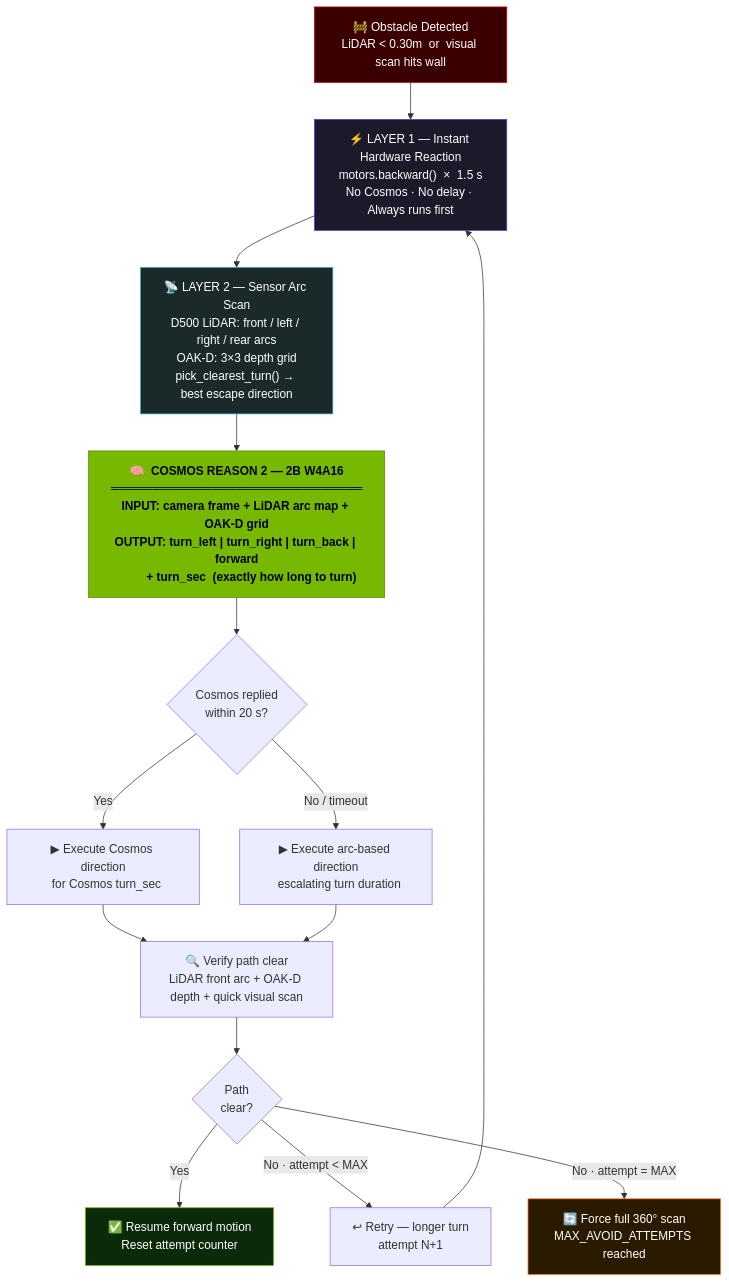
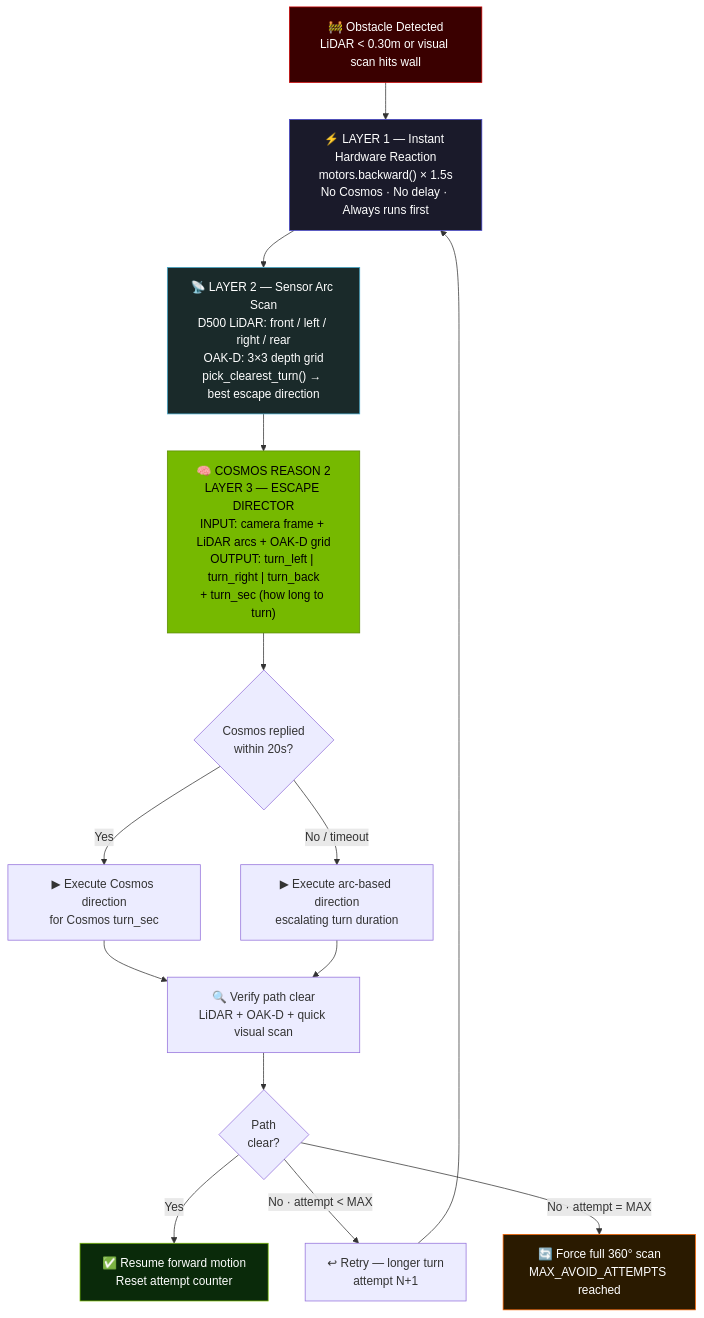
The second of 8 diagrams in README.md (OppaAI/eric), drawn with Mermaid before and after one commit. The commit also changed other lines of this file and 2 other files, not shown here.

````diff
--- a/README.md
+++ b/README.md
@@ -106,42 +106,42 @@
 ```mermaid
 flowchart TD
-    TRIGGER["🚧 Obstacle Detected\nLiDAR < 0.30m  or  visual scan hits wall"]
+    TRIGGER["🚧 Obstacle Detected<br/>LiDAR &lt; 0.30m or visual scan hits wall"]
 
-    L1["⚡ LAYER 1 — Instant Hardware Reaction\nmotors.backward()  ×  1.5 s\nNo Cosmos · No delay · Always runs first"]
+    L1["⚡ LAYER 1 — Instant Hardware Reaction<br/>motors.backward() × 1.5s<br/>No Cosmos · No delay · Always runs first"]
 
-    L2["📡 LAYER 2 — Sensor Arc Scan\nD500 LiDAR: front / left / right / rear arcs\nOAK-D: 3×3 depth grid\npick_clearest_turn() → best escape direction"]
+    L2["📡 LAYER 2 — Sensor Arc Scan<br/>D500 LiDAR: front / left / right / rear<br/>OAK-D: 3×3 depth grid<br/>pick_clearest_turn() → best escape direction"]
 
-    COSMOS_AV["🧠  COSMOS REASON 2 — 2B W4A16\n══════════════════════════════\nINPUT: camera frame + LiDAR arc map + OAK-D grid\nOUTPUT: turn_left | turn_right | turn_back | forward\n         + turn_sec  (exactly how long to turn)"]
+    COSMOS_AV["🧠 COSMOS REASON 2<br/>LAYER 3 — ESCAPE DIRECTOR<br/>INPUT: camera frame + LiDAR arcs + OAK-D grid<br/>OUTPUT: turn_left | turn_right | turn_back<br/>+ turn_sec (how long to turn)"]
 
-    COSMOS_WIN{"Cosmos replied\nwithin 20 s?"}
+    COSMOS_WIN{"Cosmos replied<br/>within 20s?"}
 
-    TURN_COSMOS["▶ Execute Cosmos direction\n  for Cosmos turn_sec"]
-    TURN_ARC["▶ Execute arc-based direction\n  escalating turn duration"]
+    TURN_COSMOS["▶ Execute Cosmos direction<br/>for Cosmos turn_sec"]
+    TURN_ARC["▶ Execute arc-based direction<br/>escalating turn duration"]
 
-    VERIFY["🔍 Verify path clear\nLiDAR front arc + OAK-D depth + quick visual scan"]
+    VERIFY["🔍 Verify path clear<br/>LiDAR + OAK-D + quick visual scan"]
 
-    CLEAR{"Path\nclear?"}
+    CLEAR{"Path<br/>clear?"}
 
-    RESUME["✅ Resume forward motion\nReset attempt counter"]
-    RETRY["↩ Retry — longer turn\nattempt N+1"]
-    FORCE360["🔄 Force full 360° scan\nMAX_AVOID_ATTEMPTS reached"]
+    RESUME["✅ Resume forward motion<br/>Reset attempt counter"]
+    RETRY["↩ Retry — longer turn<br/>attempt N+1"]
+    FORCE360["🔄 Force full 360° scan<br/>MAX_AVOID_ATTEMPTS reached"]
 
     TRIGGER --> L1 --> L2 --> COSMOS_AV
     COSMOS_AV --> COSMOS_WIN
     COSMOS_WIN -->|"Yes"| TURN_COSMOS
     COSMOS_WIN -->|"No / timeout"| TURN_ARC
     TURN_COSMOS --> VERIFY
     TURN_ARC --> VERIFY
     VERIFY --> CLEAR
     CLEAR -->|"Yes"| RESUME
     CLEAR -->|"No · attempt < MAX"| RETRY
     CLEAR -->|"No · attempt = MAX"| FORCE360
     RETRY --> L1
 
-    style COSMOS_AV fill:#76b900,stroke:#5a8a00,color:#000000,font-weight:bold
+    style COSMOS_AV fill:#76b900,stroke:#5a8a00,color:#000000
     style TRIGGER fill:#3a0000,stroke:#cc0000,color:#ffffff
     style RESUME fill:#0a2a0a,stroke:#76b900,color:#ffffff
     style FORCE360 fill:#2a1a00,stroke:#ff6600,color:#ffffff
     style L1 fill:#1a1a2a,stroke:#4444cc,color:#ffffff
     style L2 fill:#1a2a2a,stroke:#44aacc,color:#ffffff
 ```
````
